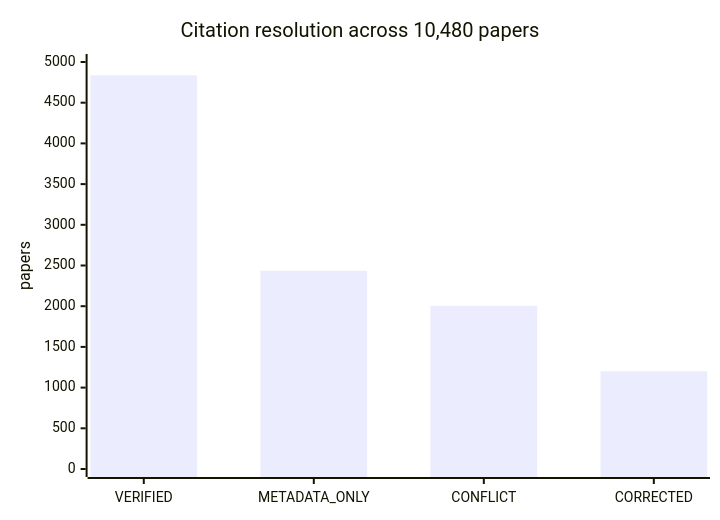
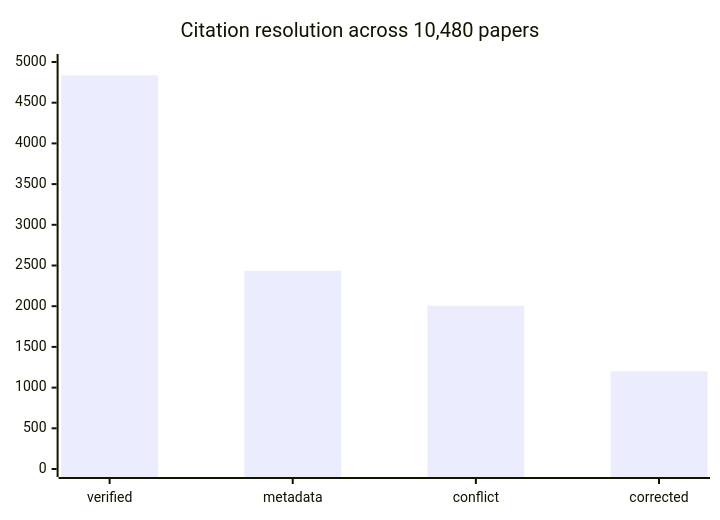
One commit to Otto-Destiny/mufasa changed the sixth of 19 diagrams in README.md. Above: the diagram before and after it, drawn with Mermaid. The commit also changed other lines of this file, not shown here.

First line of the commit message:
docs: fix unreadable diagram node and clipped chart axes

````diff
--- a/README.md
+++ b/README.md
@@ -246,7 +246,7 @@
 ```mermaid
 xychart-beta
     title "Citation resolution across 10,480 papers"
-    x-axis ["VERIFIED", "METADATA_ONLY", "CONFLICT", "CORRECTED"]
-    y-axis "papers" 0 --> 5000
+    x-axis [verified, metadata, conflict, corrected]
+    y-axis 0 --> 5000
     bar [4837, 2436, 2006, 1201]
 ```
````
